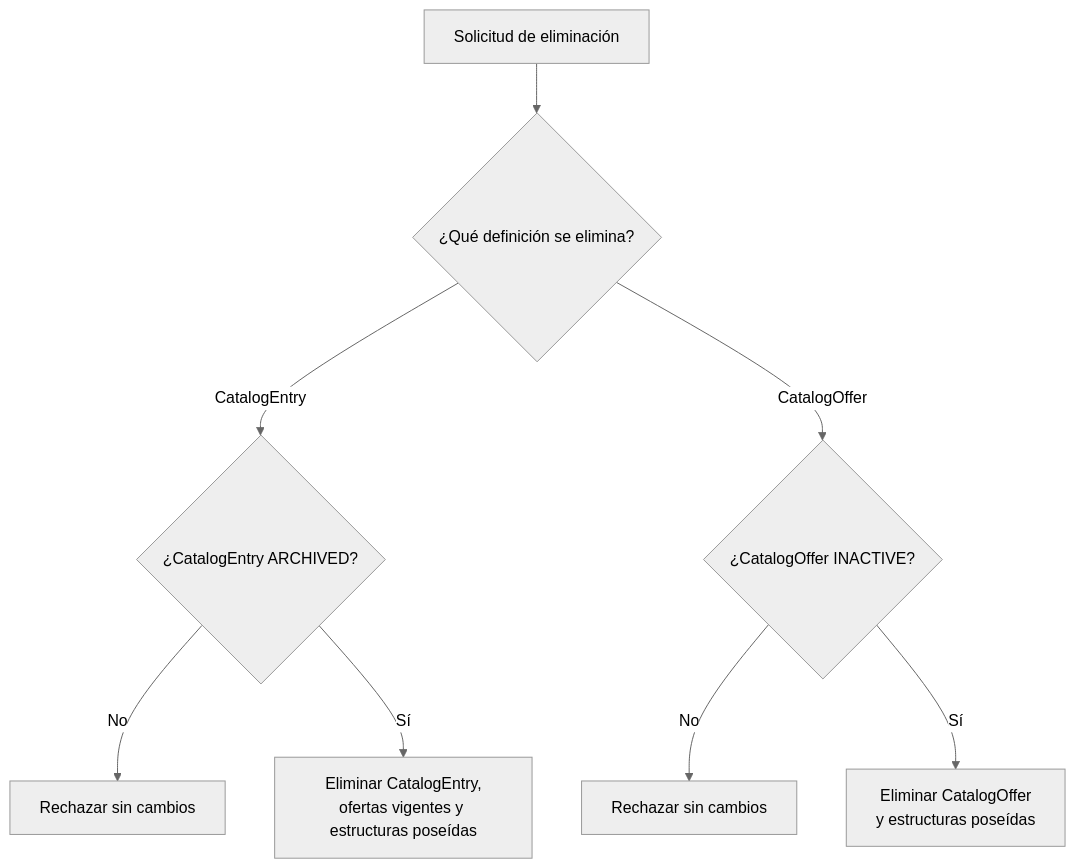
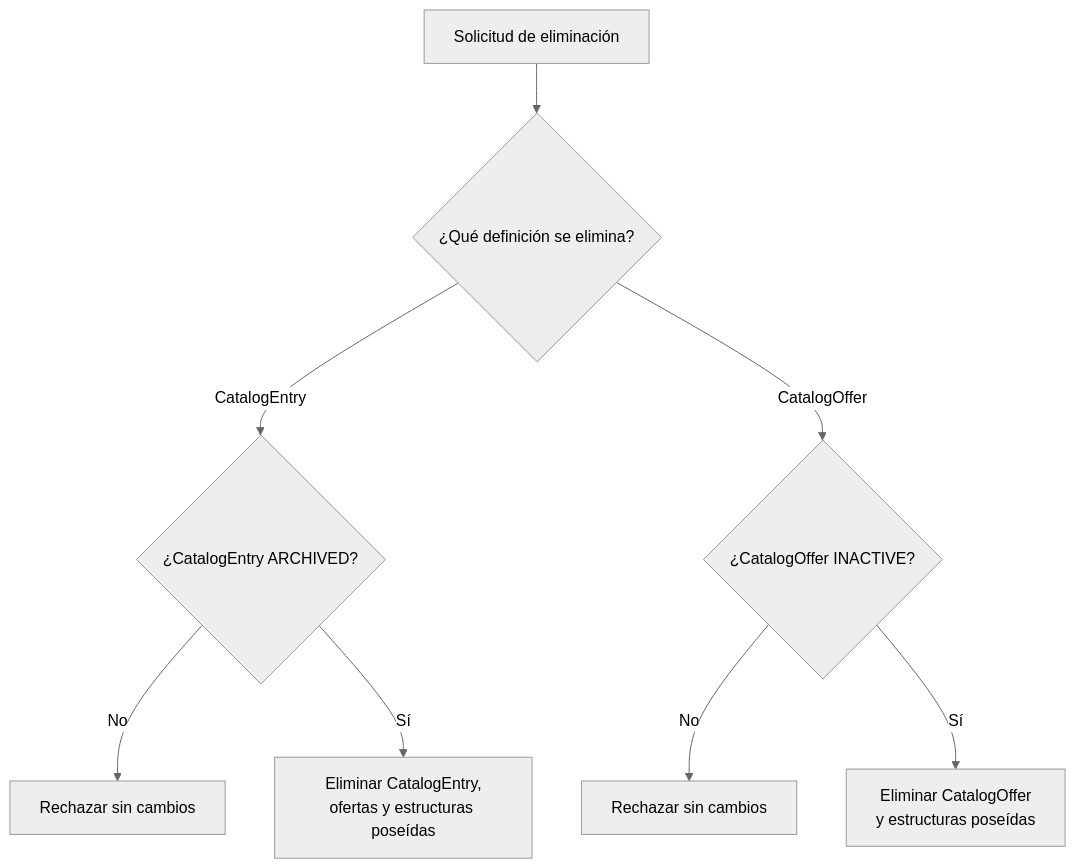
Before and after one commit to FMAT-Restaurant/Menu-Documentation: the third of 5 diagrams in docs/ers/architechture.md, drawn with Mermaid (neutral theme). The commit also changed other lines of this file and 8 other files, not shown here.

````diff
--- a/docs/ers/architechture.md
+++ b/docs/ers/architechture.md
@@ -204,12 +204,12 @@
 ```mermaid
 flowchart TB
     Start["Solicitud de eliminación"] --> Kind{"¿Qué definición se elimina?"}
 
     Kind -->|CatalogEntry| EntryState{"¿CatalogEntry ARCHIVED?"}
     EntryState -->|No| RejectEntry["Rechazar sin cambios"]
-    EntryState -->|Sí| DeleteEntry["Eliminar CatalogEntry,<br/>ofertas vigentes y estructuras poseídas"]
+    EntryState -->|Sí| DeleteEntry["Eliminar CatalogEntry,<br/>ofertas y estructuras poseídas"]
 
     Kind -->|CatalogOffer| OfferState{"¿CatalogOffer INACTIVE?"}
     OfferState -->|No| RejectOffer["Rechazar sin cambios"]
     OfferState -->|Sí| DeleteOffer["Eliminar CatalogOffer<br/>y estructuras poseídas"]
 ```
````
